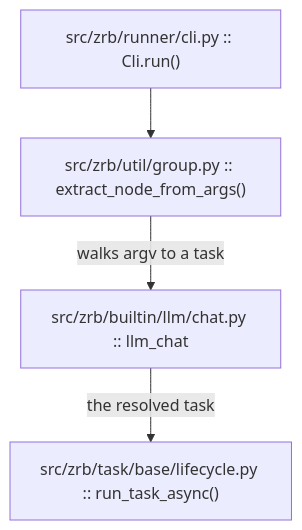
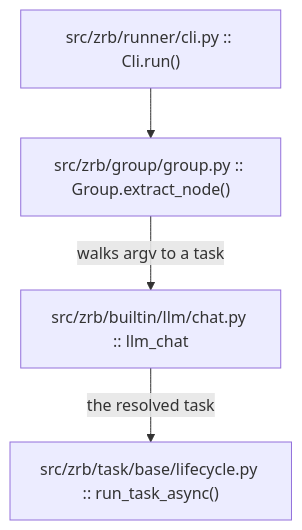
Before and after one commit to state-alchemists/zrb: the second of 7 diagrams in docs/advanced-topics/llm-chat-lifecycle.md, drawn with Mermaid. The commit also changed other lines of this file and 22 other files, not shown here.

````diff
--- a/docs/advanced-topics/llm-chat-lifecycle.md
+++ b/docs/advanced-topics/llm-chat-lifecycle.md
@@ -40,6 +40,6 @@
 ```mermaid
 flowchart TD
-    Run["src/zrb/runner/cli.py :: Cli.run()"] --> Extract["src/zrb/util/group.py :: extract_node_from_args()"]
+    Run["src/zrb/runner/cli.py :: Cli.run()"] --> Extract["src/zrb/group/group.py :: Group.extract_node()"]
     Extract -->|"walks argv to a task"| Task["src/zrb/builtin/llm/chat.py :: llm_chat"]
     Task -->|the resolved task| Lifecycle["src/zrb/task/base/lifecycle.py :: run_task_async()"]
 ```
````
